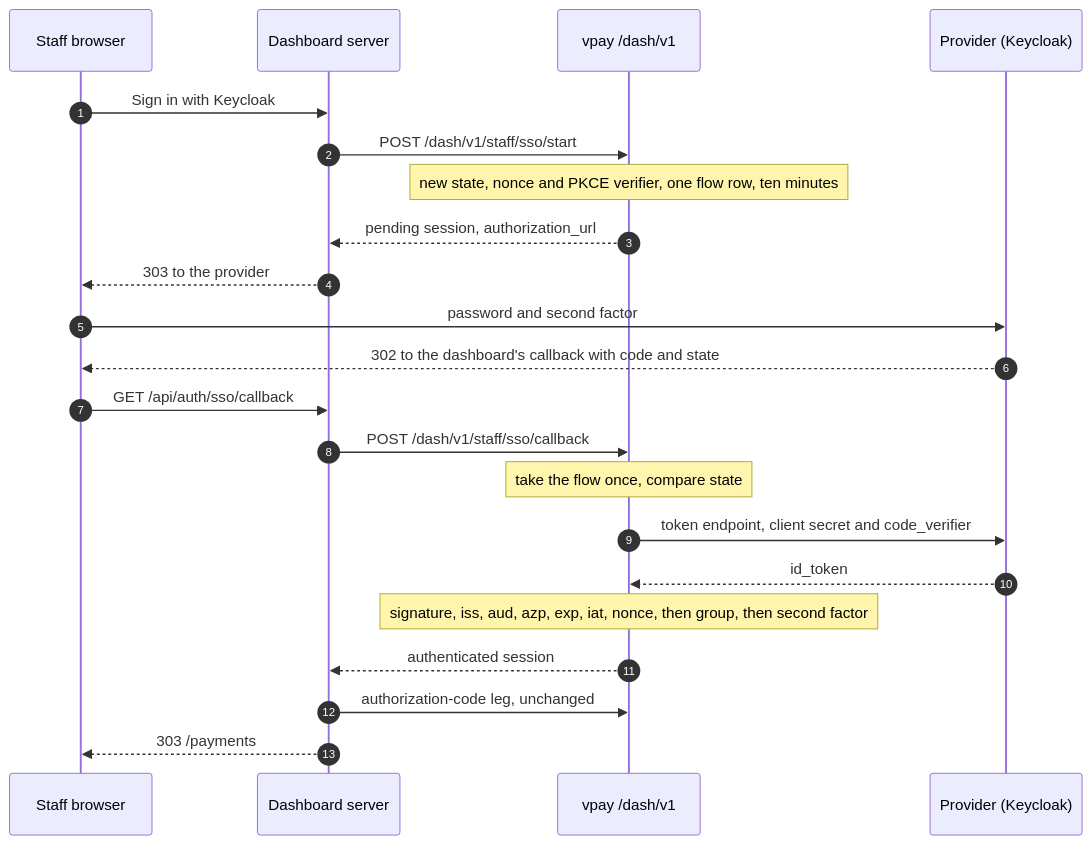
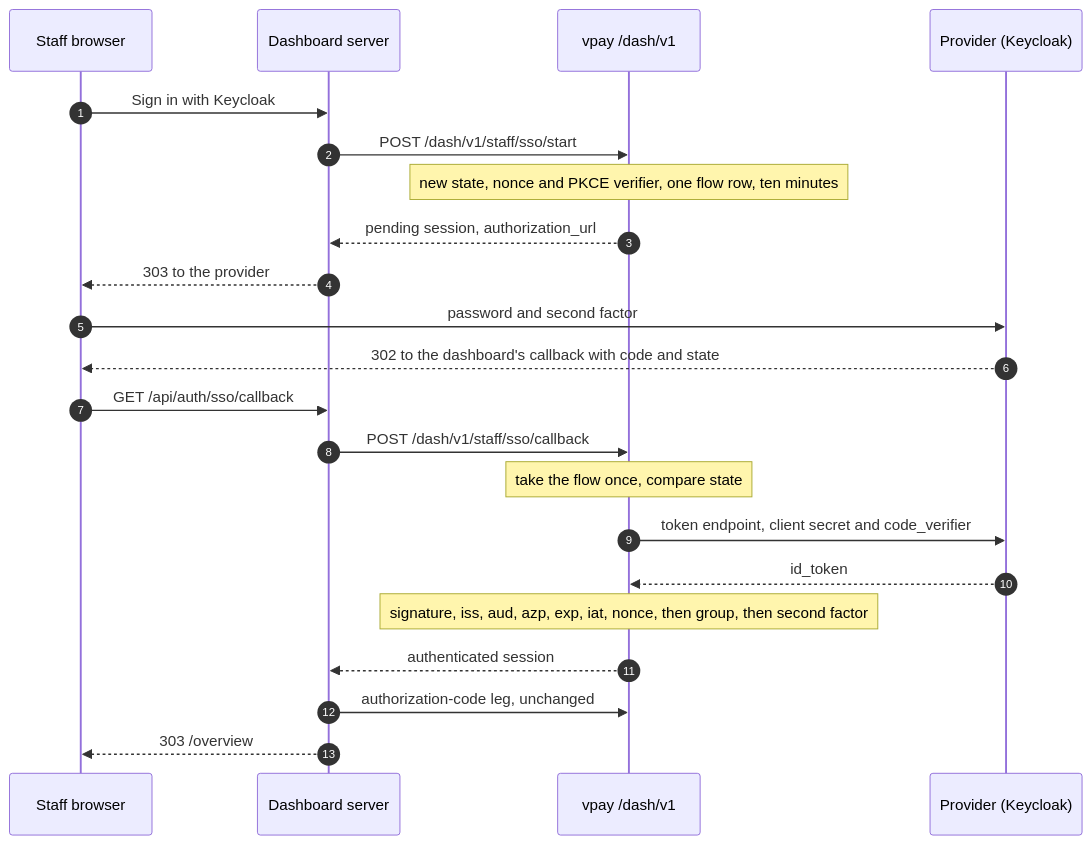
One commit to vaam-apps/vpay-docs changed the second of 4 diagrams in docs/dashboard/authentication.md. Above: the diagram before and after it, drawn with Mermaid. The commit also changed other lines of this file and 41 other files, not shown here.

````diff
--- a/docs/dashboard/authentication.md
+++ b/docs/dashboard/authentication.md
@@ -131,24 +140,24 @@
 ```mermaid
 sequenceDiagram
     autonumber
     participant B as Staff browser
     participant D as Dashboard server
     participant V as vpay /dash/v1
     participant K as Provider (Keycloak)
     B->>D: Sign in with Keycloak
     D->>V: POST /dash/v1/staff/sso/start
     Note over V: new state, nonce and PKCE verifier, one flow row, ten minutes
     V-->>D: pending session, authorization_url
     D-->>B: 303 to the provider
     B->>K: password and second factor
     K-->>B: 302 to the dashboard's callback with code and state
     B->>D: GET /api/auth/sso/callback
     D->>V: POST /dash/v1/staff/sso/callback
     Note over V: take the flow once, compare state
     V->>K: token endpoint, client secret and code_verifier
     K-->>V: id_token
     Note over V: signature, iss, aud, azp, exp, iat, nonce, then group, then second factor
     V-->>D: authenticated session
     D->>V: authorization-code leg, unchanged
-    D-->>B: 303 /payments
+    D-->>B: 303 /overview
 ```
````
